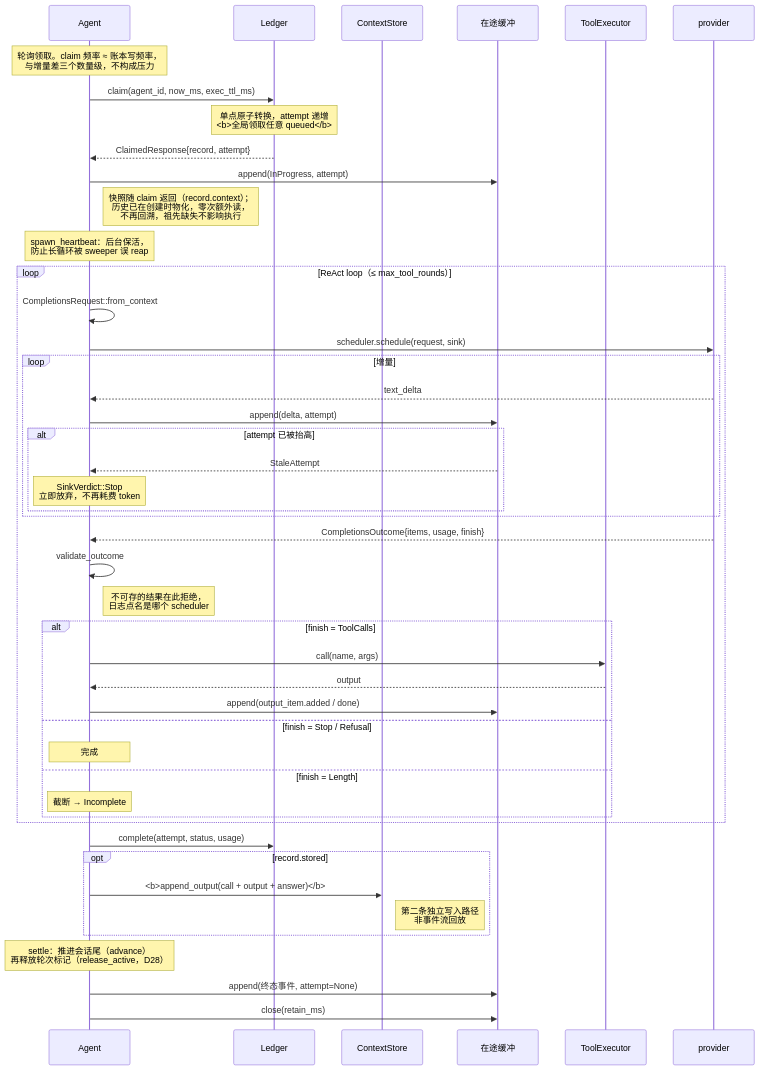
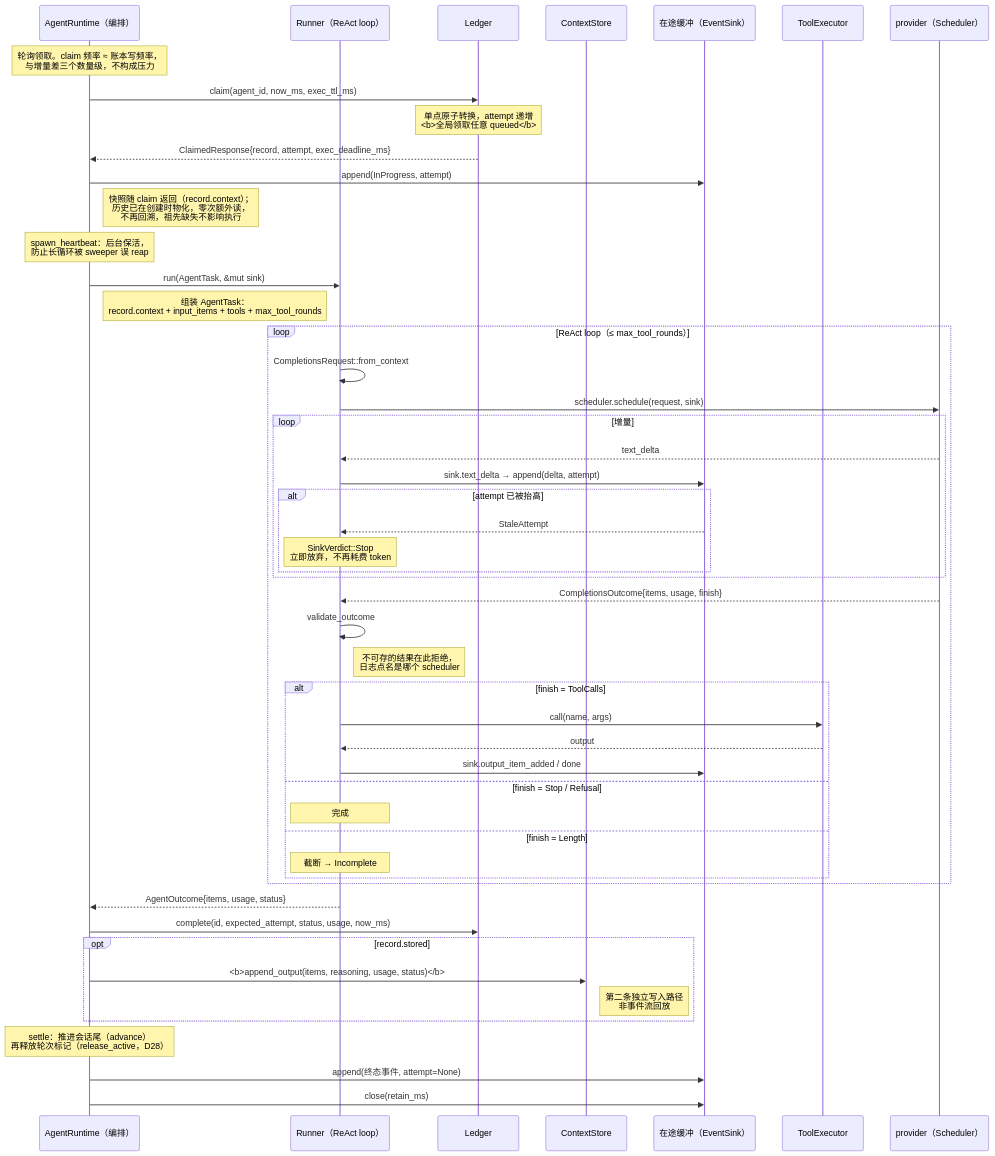
The fourth of 8 diagrams in docs/design/00-architecture-review.md (charleslyh/nova-chat), drawn with Mermaid before and after one commit. The commit also changed other lines of this file, not shown here.

````diff
--- a/docs/design/00-architecture-review.md
+++ b/docs/design/00-architecture-review.md
@@ -377,55 +371,60 @@
 ```mermaid
 sequenceDiagram
-    participant E as Agent
+    participant RT as AgentRuntime（编排）
+    participant RN as Runner（ReAct loop）
     participant L as Ledger
     participant S as ContextStore
-    participant B as 在途缓冲
+    participant B as 在途缓冲（EventSink）
     participant T as ToolExecutor
-    participant P as provider
+    participant P as provider（Scheduler）
 
-    Note over E: 轮询领取。claim 频率 ≈ 账本写频率，<br/>与增量差三个数量级，不构成压力
-    E->>L: claim(agent_id, now_ms, exec_ttl_ms)
+    Note over RT: 轮询领取。claim 频率 ≈ 账本写频率，<br/>与增量差三个数量级，不构成压力
+    RT->>L: claim(agent_id, now_ms, exec_ttl_ms)
     Note over L: 单点原子转换，attempt 递增<br/><b>全局领取任意 queued</b>
-    L-->>E: ClaimedResponse{record, attempt}
-    E->>B: append(InProgress, attempt)
+    L-->>RT: ClaimedResponse{record, attempt, exec_deadline_ms}
+    RT->>B: append(InProgress, attempt)
 
-    Note right of E: 快照随 claim 返回（record.context）；<br/>历史已在创建时物化，零次额外读，<br/>不再回溯，祖先缺失不影响执行
-    Note over E: spawn_heartbeat：后台保活，<br/>防止长循环被 sweeper 误 reap
+    Note right of RT: 快照随 claim 返回（record.context）；<br/>历史已在创建时物化，零次额外读，<br/>不再回溯，祖先缺失不影响执行
+    Note over RT: spawn_heartbeat：后台保活，<br/>防止长循环被 sweeper 误 reap
+
+    RT->>RN: run(AgentTask, &mut sink)
+    Note right of RT: 组装 AgentTask：<br/>record.context + input_items + tools + max_tool_rounds
 
     loop ReAct loop（≤ max_tool_rounds）
-        E->>E: CompletionsRequest::from_context
-        E->>P: scheduler.schedule(request, sink)
+        RN->>RN: CompletionsRequest::from_context
+        RN->>P: scheduler.schedule(request, sink)
 
         loop 增量
-            P-->>E: text_delta
-            E->>B: append(delta, attempt)
+            P-->>RN: text_delta
+            RN->>B: sink.text_delta → append(delta, attempt)
             alt attempt 已被抬高
-                B-->>E: StaleAttempt
-                Note over E: SinkVerdict::Stop<br/>立即放弃，不再耗费 token
+                B-->>RN: StaleAttempt
+                Note over RN: SinkVerdict::Stop<br/>立即放弃，不再耗费 token
             end
         end
 
-        P-->>E: CompletionsOutcome{items, usage, finish}
-        E->>E: validate_outcome
-        Note right of E: 不可存的结果在此拒绝，<br/>日志点名是哪个 scheduler
+        P-->>RN: CompletionsOutcome{items, usage, finish}
+        RN->>RN: validate_outcome
+        Note right of RN: 不可存的结果在此拒绝，<br/>日志点名是哪个 scheduler
 
         alt finish = ToolCalls
-            E->>T: call(name, args)
-            T-->>E: output
-            E->>B: append(output_item.added / done)
+            RN->>T: call(name, args)
+            T-->>RN: output
+            RN->>B: sink.output_item_added / done
         else finish = Stop / Refusal
-            Note over E: 完成
+            Note over RN: 完成
         else finish = Length
-            Note over E: 截断 → Incomplete
+            Note over RN: 截断 → Incomplete
         end
     end
 
-    E->>L: complete(attempt, status, usage)
+    RN-->>RT: AgentOutcome{items, usage, status}
+    RT->>L: complete(id, expected_attempt, status, usage, now_ms)
     opt record.stored
-    E->>S: <b>append_output(call + output + answer)</b>
+    RT->>S: <b>append_output(items, reasoning, usage, status)</b>
     Note right of S: 第二条独立写入路径<br/>非事件流回放
     end
-    Note over E: settle：推进会话尾（advance）<br/>再释放轮次标记（release_active，D28）
-    E->>B: append(终态事件, attempt=None)
-    E->>B: close(retain_ms)
+    Note over RT: settle：推进会话尾（advance）<br/>再释放轮次标记（release_active，D28）
+    RT->>B: append(终态事件, attempt=None)
+    RT->>B: close(retain_ms)
 ```
````
